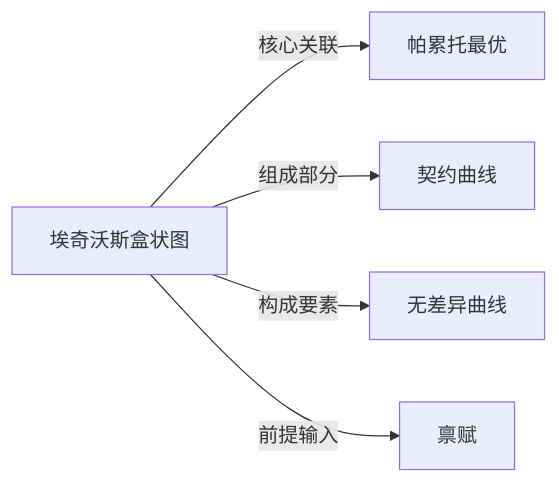
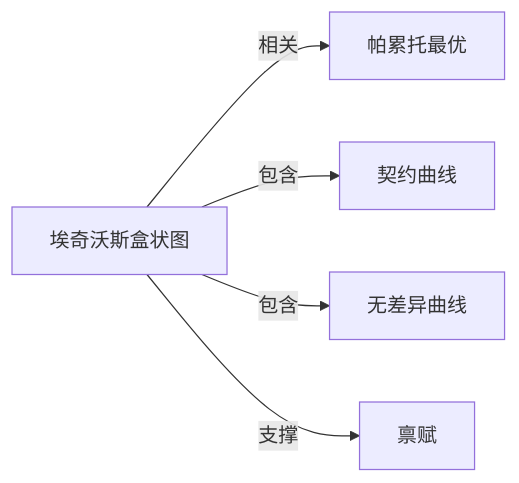
The diagram in Knowledge/Concepts/经济/埃奇沃斯盒状图.md (KIMMCHOW/MyKnowledge), drawn with Mermaid before and after one commit. The commit also changed 95 other files, not shown here.

Commit message:
reorganize: 统一关系图边标签为11类

````diff
--- a/Knowledge/Concepts/经济/埃奇沃斯盒状图.md
+++ b/Knowledge/Concepts/经济/埃奇沃斯盒状图.md
@@ -44,7 +44,7 @@
 ```mermaid
 graph LR
-埃奇沃斯盒状图 -->|核心关联| 帕累托最优
-埃奇沃斯盒状图 -->|组成部分| 契约曲线
-埃奇沃斯盒状图 -->|构成要素| 无差异曲线
-埃奇沃斯盒状图 -->|前提输入| 禀赋
+埃奇沃斯盒状图 -->|相关| 帕累托最优
+埃奇沃斯盒状图 -->|包含| 契约曲线
+埃奇沃斯盒状图 -->|包含| 无差异曲线
+埃奇沃斯盒状图 -->|支撑| 禀赋
 ```
````
